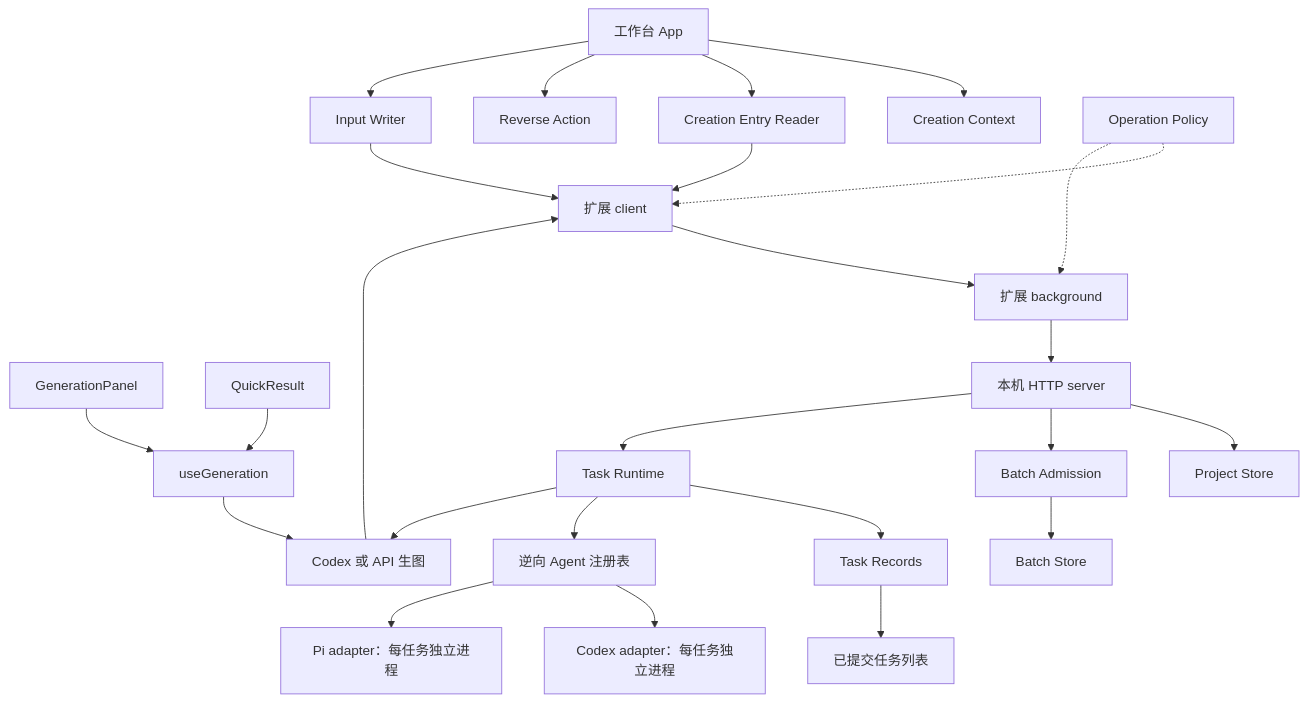
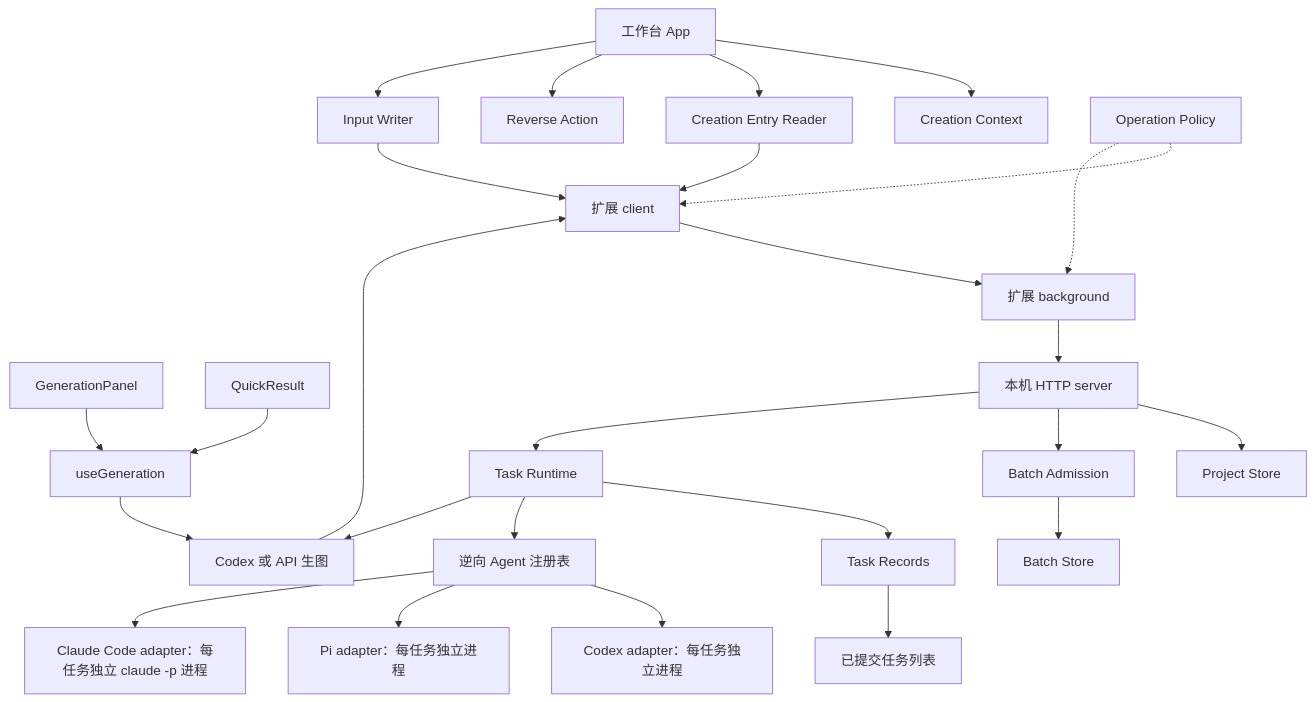
One commit to AIDiscovery007/qc-reframe changed the diagram in browser-extension/docs/architecture.md. Above: the diagram before and after it, drawn with Mermaid. The commit also changed other lines of this file and 41 other files, not shown here.

First line of the commit message:
feat: add Claude Code as a reverse Agent and detect installed Agent CLIs

````diff
--- a/browser-extension/docs/architecture.md
+++ b/browser-extension/docs/architecture.md
@@ -5,27 +5,28 @@
 ```mermaid
 flowchart TD
   App[工作台 App] --> Context[Creation Context]
   App --> Entry[Creation Entry Reader]
   App --> Reverse[Reverse Action]
   App --> Writer[Input Writer]
   Workspace[GenerationPanel] --> Hook[useGeneration]
   Quick[QuickResult] --> Hook
   Hook --> Generation[Generation Session]
   Writer --> Client[扩展 client]
   Entry --> Client
   Generation --> Client
   Client --> Background[扩展 background]
   Policy[Operation Policy] -.-> Client
   Policy -.-> Background
   Background --> Bridge[本机 HTTP server]
   Bridge --> Projects[Project Store]
   Bridge --> Admission[Batch Admission]
   Admission --> Batches[Batch Store]
   Bridge --> Runtime[Task Runtime]
   Runtime --> Records[Task Records]
   Records --> Feed[已提交任务列表]
   Runtime --> Agent[逆向 Agent 注册表]
   Agent --> Codex[Codex adapter：每任务独立进程]
   Agent --> Pi[Pi adapter：每任务独立进程]
+  Agent --> Claude[Claude Code adapter：每任务独立 claude -p 进程]
   Runtime --> Generation[Codex 或 API 生图]
 ```
````
